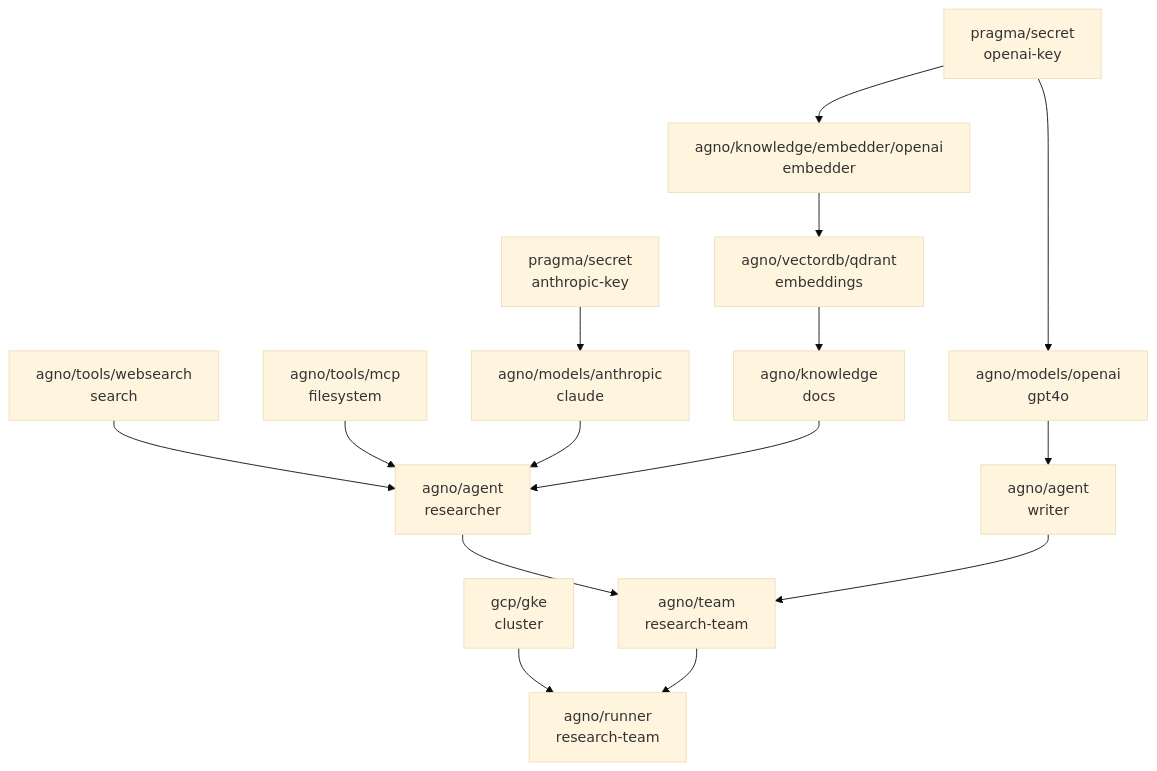
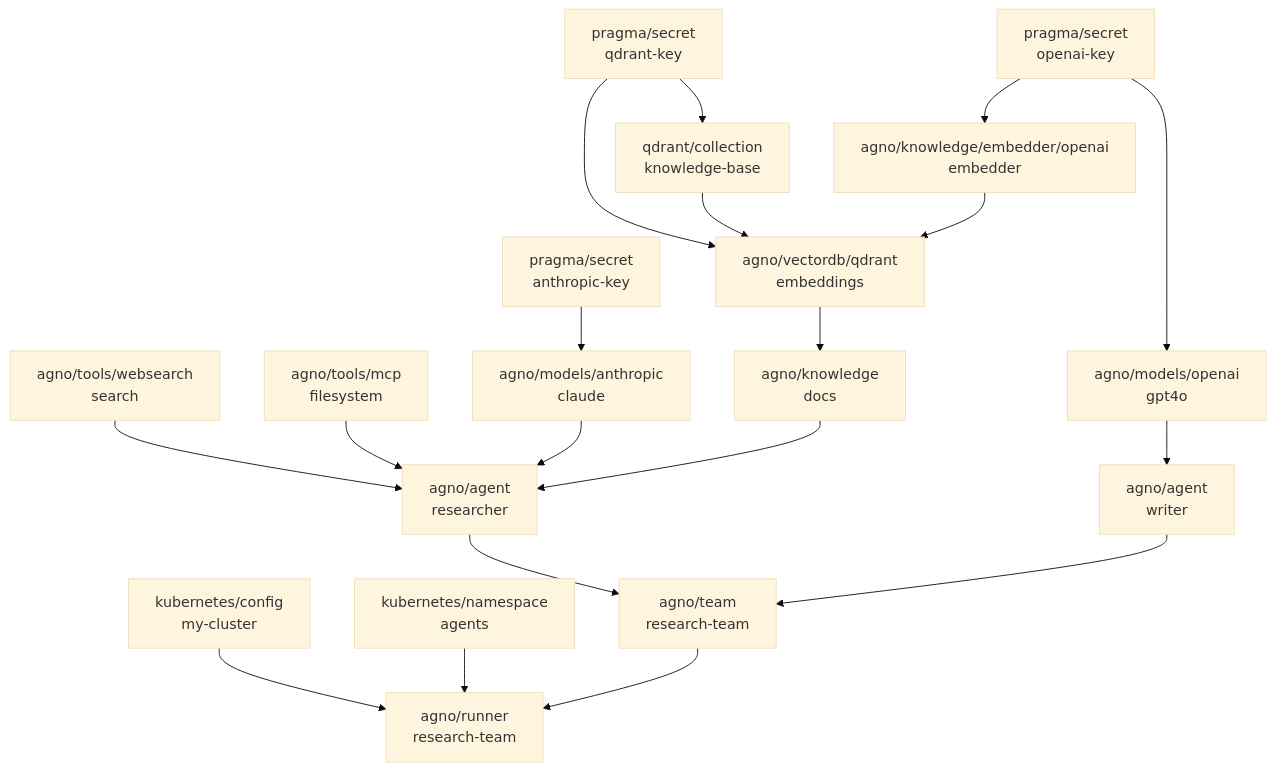
One commit to pragmatiks/pragma-docs changed the diagram in quickstart/professional.mdx. Above: the diagram before and after it, drawn with Mermaid (base theme). The commit also changed other lines of this file and 29 other files, not shown here.

````diff
--- a/quickstart/professional.mdx
+++ b/quickstart/professional.mdx
@@ -14,23 +14,27 @@
 ```mermaid
 graph TD
     S1[pragma/secret<br/>anthropic-key] --> M1[agno/models/anthropic<br/>claude]
     S2[pragma/secret<br/>openai-key] --> M2[agno/models/openai<br/>gpt4o]
     S2 --> EMB[agno/knowledge/embedder/openai<br/>embedder]
 
+    S3[pragma/secret<br/>qdrant-key] --> COL[qdrant/collection<br/>knowledge-base]
+    S3 --> VDB
+    COL --> VDB
     EMB --> VDB[agno/vectordb/qdrant<br/>embeddings]
     VDB --> KB[agno/knowledge<br/>docs]
 
     WS[agno/tools/websearch<br/>search] --> A1[agno/agent<br/>researcher]
     MCP[agno/tools/mcp<br/>filesystem] --> A1
 
     M1 --> A1
     KB --> A1
 
     M2 --> A2[agno/agent<br/>writer]
 
     A1 --> T[agno/team<br/>research-team]
     A2 --> T
 
-    GKE[gcp/gke<br/>cluster] --> R[agno/runner<br/>research-team]
+    KC[kubernetes/config<br/>my-cluster] --> R[agno/runner<br/>research-team]
+    NS[kubernetes/namespace<br/>agents] --> R
     T --> R
 ```
````
